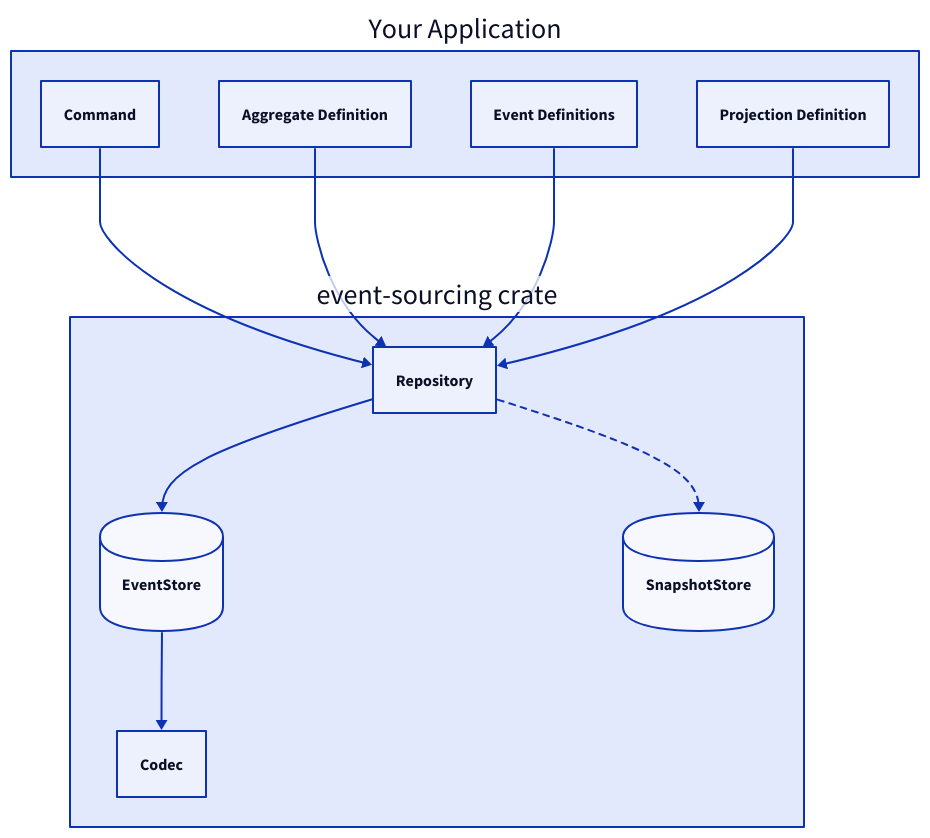
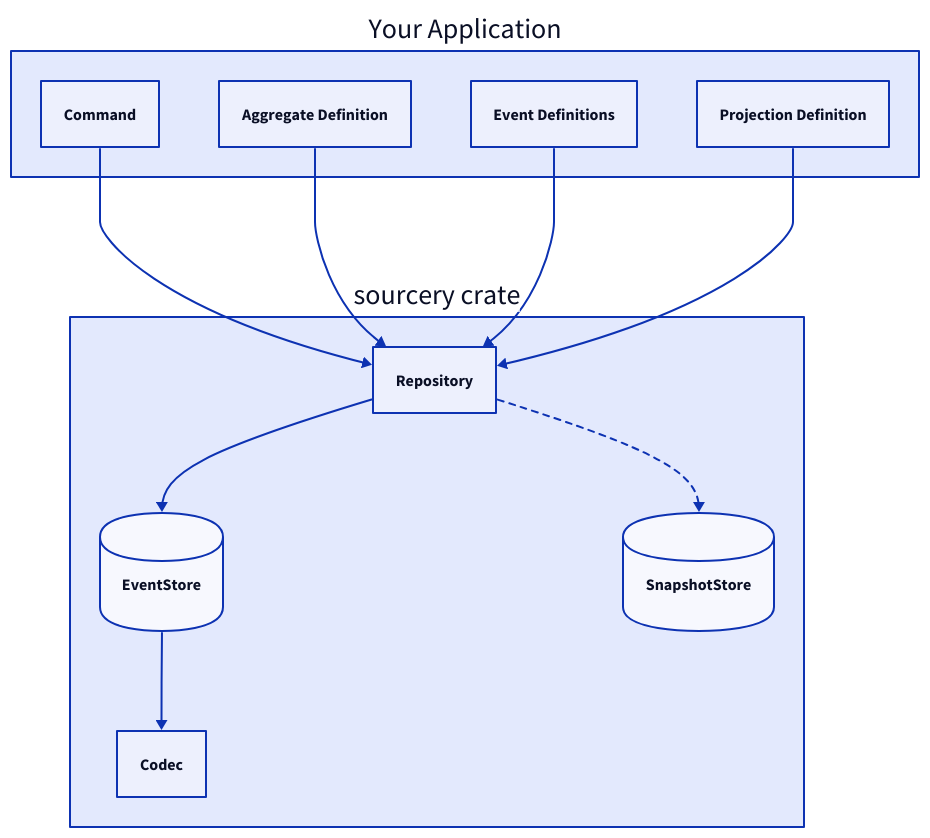
One commit to danieleades/event-sourcing changed the first of 4 diagrams in docs/src/concepts/architecture.md. Above: the diagram before and after it, drawn with D2. The commit also changed 49 other files, not shown here.

Commit message:
feat!: rename the crate ('event-sourcing' -> 'sourcery') (#16)

````diff
--- a/docs/src/concepts/architecture.md
+++ b/docs/src/concepts/architecture.md
@@ -7,24 +7,24 @@
 ```d2
 App: "Your Application" {
   Command
   Aggregate Definition
   Event Definitions
   Projection Definition
 }
 
-Crate: "event-sourcing crate" {
+Crate: "sourcery crate" {
   Repository
   EventStore {shape: cylinder}
   SnapshotStore {shape: cylinder}
   Codec
 
   Repository -> EventStore
   Repository -> SnapshotStore: {style.stroke-dash: 3}
   EventStore -> Codec
 }
 
 App.Command -> Crate.Repository
 App.Aggregate Definition -> Crate.Repository
 App.Event Definitions -> Crate.Repository
 App.Projection Definition -> Crate.Repository
 ```
````
